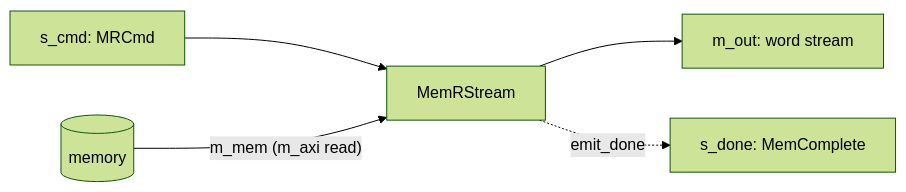
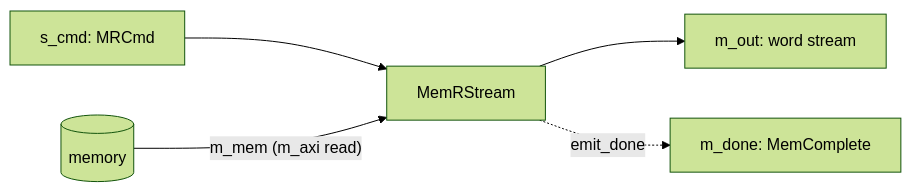
One commit to sdrangan/waveflow changed the first of 2 diagrams in docs/guide/interface/axi_mm/master.md. Above: the diagram before and after it, drawn with Mermaid (forest theme). The commit also changed other lines of this file and 32 other files, not shown here.

First line of the commit message:
mem_stream: the completion endpoint sends, so s_done becomes m_done

````diff
--- a/docs/guide/interface/axi_mm/master.md
+++ b/docs/guide/interface/axi_mm/master.md
@@ -32,7 +32,7 @@
 ```mermaid
 flowchart LR
     cmd["s_cmd: MRCmd"] --> R["MemRStream"]
     mem[("memory")] -->|"m_mem (m_axi read)"| R
     R --> out["m_out: word stream"]
-    R -. "emit_done" .-> done["s_done: MemComplete"]
+    R -. "emit_done" .-> done["m_done: MemComplete"]
 ```
````
